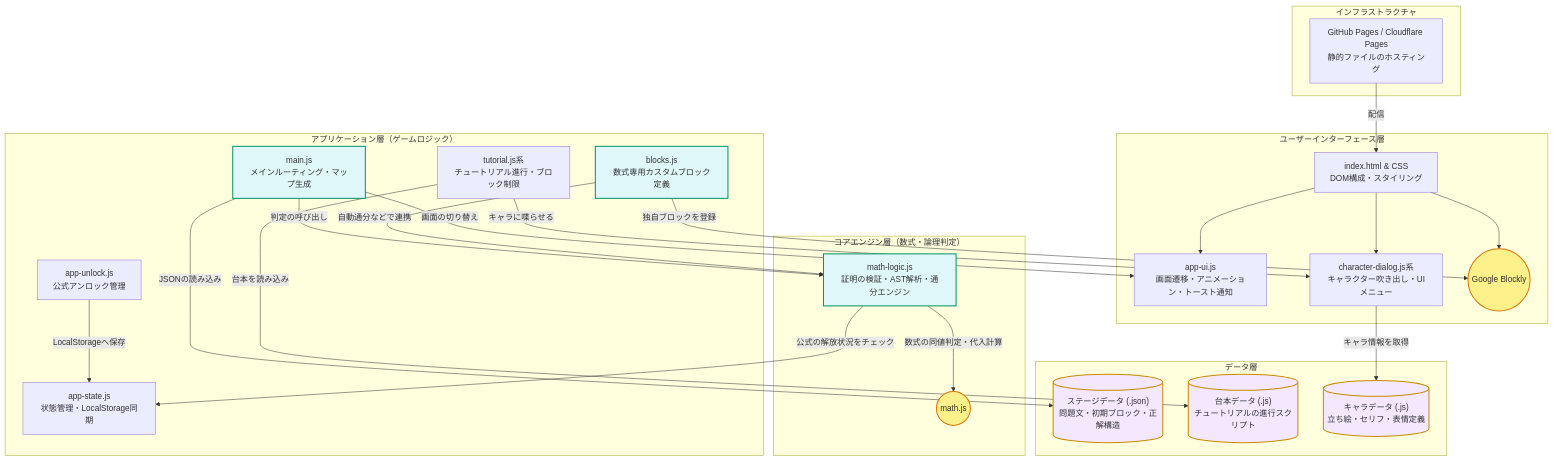
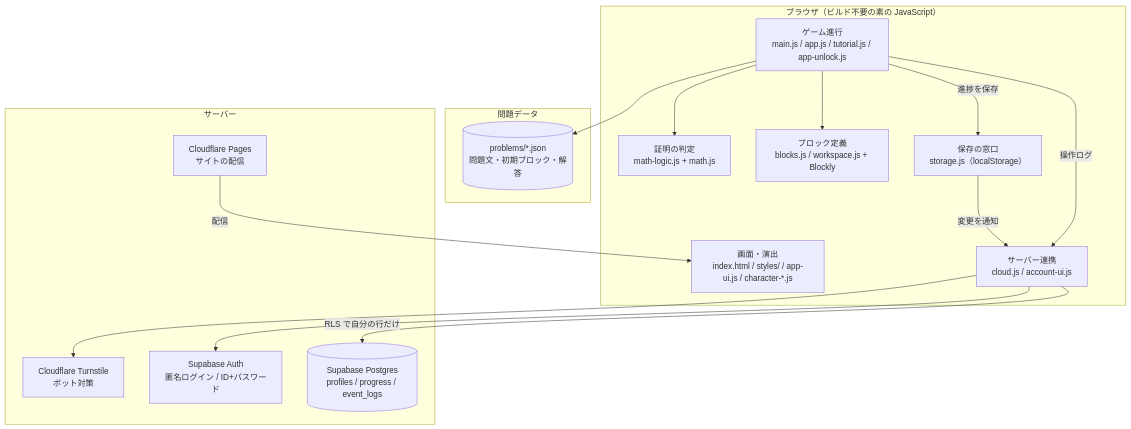
The diagram in README.md (chisei527/sotuken), drawn with Mermaid before and after one commit. The commit also changed other lines of this file and 12 other files, not shown here.

````diff
--- a/README.md
+++ b/README.md
@@ -1,61 +20,33 @@
 ```mermaid
 graph TD
-    subgraph Infrastructure [インフラストラクチャ]
-        Pages["GitHub Pages / Cloudflare Pages<br>静的ファイルのホスティング"]
+    subgraph Browser [ブラウザ（ビルド不要の素の JavaScript）]
+        UI["画面・演出<br>index.html / styles/ / app-ui.js / character-*.js"]
+        Game["ゲーム進行<br>main.js / app.js / tutorial.js / app-unlock.js"]
+        Logic["証明の判定<br>math-logic.js + math.js"]
+        Blocks["ブロック定義<br>blocks.js / workspace.js + Blockly"]
+        Store["保存の窓口<br>storage.js（localStorage）"]
+        Cloud["サーバー連携<br>cloud.js / account-ui.js"]
     end
 
-    subgraph DataLayer [データ層]
-        StageJSON[("ステージデータ (.json)<br>問題文・初期ブロック・正解構造")]
-        TutorialData[("台本データ (.js)<br>チュートリアルの進行スクリプト")]
-        CharData[("キャラデータ (.js)<br>立ち絵・セリフ・表情定義")]
+    subgraph Data [問題データ]
+        Problems[("problems/*.json<br>問題文・初期ブロック・解答")]
     end
 
-    subgraph CoreEngine [コアエンジン層（数式・論理判定）]
-        MathLogic["math-logic.js<br>証明の検証・AST解析・通分エンジン"]
-        MathJS(("math.js"))
-        MathLogic -->|数式の同値判定・代入計算| MathJS
+    subgraph Server [サーバー]
+        Pages["Cloudflare Pages<br>サイトの配信"]
+        Turnstile["Cloudflare Turnstile<br>ボット対策"]
+        Auth["Supabase Auth<br>匿名ログイン / ID+パスワード"]
+        DB[("Supabase Postgres<br>profiles / progress / event_logs")]
     end
 
-    subgraph AppLayer [アプリケーション層（ゲームロジック）]
-        Main["main.js<br>メインルーティング・マップ生成"]
-        State["app-state.js<br>状態管理・LocalStorage同期"]
-        Unlock["app-unlock.js<br>公式アンロック管理"]
-        Tut["tutorial.js系<br>チュートリアル進行・ブロック制限"]
-        Blocks["blocks.js<br>数式専用カスタムブロック定義"]
-    end
-
-    subgraph UILayer [ユーザーインターフェース層]
-        Index["index.html & CSS<br>DOM構成・スタイリング"]
-        AppUI["app-ui.js<br>画面遷移・アニメーション・トースト通知"]
-        CharUI["character-dialog.js系<br>キャラクター吹き出し・UIメニュー"]
-        Blockly(("Google Blockly"))
-    end
-
-    %% データフローと依存関係
-    Pages -->|配信| Index
-    Index --> AppUI
-    Index --> CharUI
-    Index --> Blockly
-    
-    Main -->|JSONの読み込み| StageJSON
-    Main -->|画面の切り替え| AppUI
-    Main -->|判定の呼び出し| MathLogic
-    
-    Blocks -->|独自ブロックを登録| Blockly
-    Blocks -->|自動通分などで連携| MathLogic
-    
-    Tut -->|台本を読み込み| TutorialData
-    CharUI -->|キャラ情報を取得| CharData
-    Tut -->|キャラに喋らせる| CharUI
-    
-    MathLogic -->|公式の解放状況をチェック| State
-    Unlock -->|LocalStorageへ保存| State
-
-    classDef core fill:#e0f7fa,stroke:#059669,stroke-width:2px;
-    classDef lib fill:#fef08a,stroke:#d97706,stroke-width:2px;
-    classDef data fill:#f3e8ff,stroke:#ca8a04,stroke-width:2px;
-    
-    class MathLogic,Main,Blocks core;
-    class Blockly,MathJS lib;
-    class StageJSON,TutorialData,CharData data;
+    Pages -->|配信| UI
+    Game --> Problems
+    Game --> Logic
+    Game --> Blocks
+    Game -->|進捗を保存| Store
+    Store -->|変更を通知| Cloud
+    Game -->|操作ログ| Cloud
+    Cloud --> Turnstile
+    Cloud --> Auth
+    Cloud -->|RLS で自分の行だけ| DB
 ```
````
